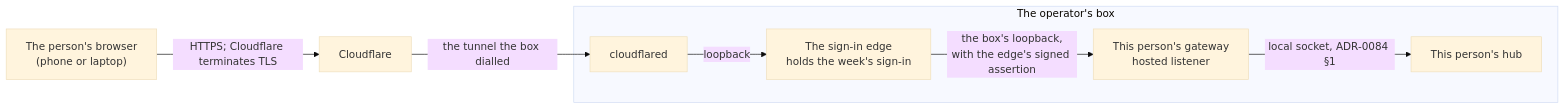
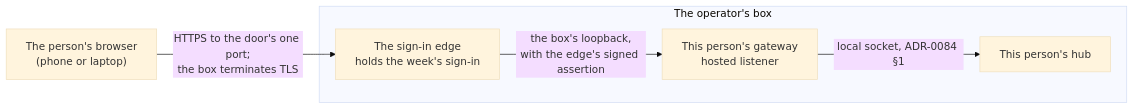
The diagram in docs/adr/0327-a-hosted-browser-reaches-its-gateway-through-the-sign-in-edge-which-signs-every-request-and-that-hop-is-the-fifth-egress-boundary.md (leonapivato/ai-assistant), drawn with Mermaid (base theme) before and after one commit. The commit also changed other lines of this file and 2 other files, not shown here.

First line of the commit message:
docs(adr): ADR-0327, the door is our own HTTPS on the box, and no third party decrypts it

````diff
--- a/docs/adr/0327-a-hosted-browser-reaches-its-gateway-through-the-sign-in-edge-which-signs-every-request-and-that-hop-is-the-fifth-egress-boundary.md
+++ b/docs/adr/0327-a-hosted-browser-reaches-its-gateway-through-the-sign-in-edge-which-signs-every-request-and-that-hop-is-the-fifth-egress-boundary.md
@@ -50,10 +51,9 @@
 ```mermaid
 flowchart LR
-    B["The person's browser<br/>(phone or laptop)"] -- "HTTPS; Cloudflare terminates TLS" --> CF["Cloudflare"]
-    CF -- "the tunnel the box dialled" --> CD["cloudflared"]
+    B["The person's browser<br/>(phone or laptop)"] -- "HTTPS to the door's one port;<br/>the box terminates TLS" --> E
     subgraph BOX["The operator's box"]
-        CD -- "loopback" --> E["The sign-in edge<br/>holds the week's sign-in"]
+        E["The sign-in edge<br/>holds the week's sign-in"]
         E -- "the box's loopback,<br/>with the edge's signed assertion" --> G["This person's gateway<br/>hosted listener"]
         G -- "local socket, ADR-0084 §1" --> H["This person's hub"]
     end
 ```
````
